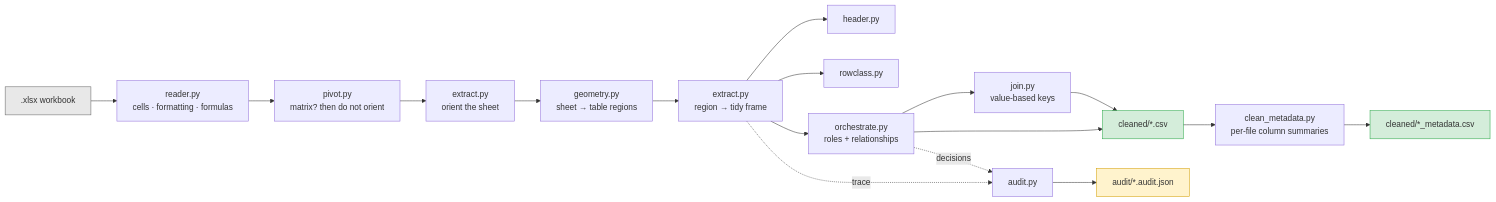
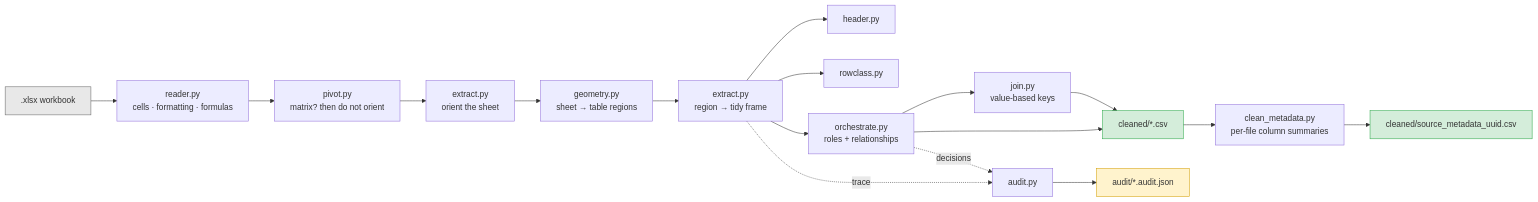
Before and after one commit to rahul-neogi-exavalu/Dirty_excel_cleaner: the first of 4 diagrams in ARCHITECTURE.md, drawn with Mermaid. The commit also changed other lines of this file and 15 other files, not shown here.

Commit message:
Added columns to the cleaned metadata sheet

````diff
--- a/ARCHITECTURE.md
+++ b/ARCHITECTURE.md
@@ -28,24 +28,24 @@
 ```mermaid
 flowchart LR
     XLSX[".xlsx workbook"] --> R["reader.py<br/>cells · formatting · formulas"]
     R --> P["pivot.py<br/>matrix? then do not orient"]
     P --> O1["extract.py<br/>orient the sheet"]
     O1 --> G["geometry.py<br/>sheet → table regions"]
     G --> E["extract.py<br/>region → tidy frame"]
     E --> H["header.py"]
     E --> RC["rowclass.py"]
     E --> ORC["orchestrate.py<br/>roles + relationships"]
     ORC --> J["join.py<br/>value-based keys"]
     ORC --> CSV["cleaned/*.csv"]
     J --> CSV
     CSV --> META["clean_metadata.py<br/>per-file column summaries"]
-    META --> MCsv["cleaned/*_metadata.csv"]
+    META --> MCsv["cleaned/source_metadata_uuid.csv"]
     E -. trace .-> A["audit.py"]
     ORC -. decisions .-> A
     A --> JSON["audit/*.audit.json"]
 
     style XLSX fill:#e8e8e8,stroke:#666
     style CSV fill:#d4edda,stroke:#28a745
     style MCsv fill:#d4edda,stroke:#28a745
     style JSON fill:#fff3cd,stroke:#d39e00
 ```
````
